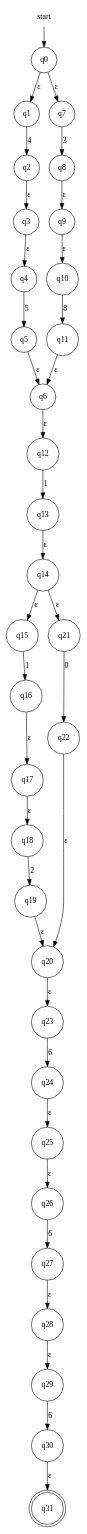
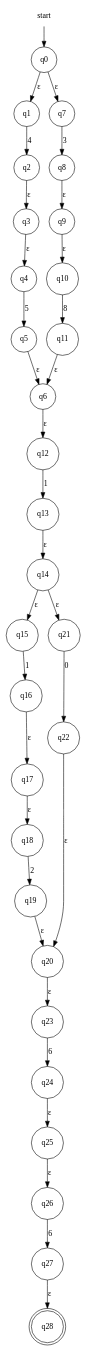
Before and after one commit to evertheylen/TA_TO: the diagram in fase1/RE-eNFA/regex_20.dot, drawn with Graphviz. The commit also changed 5 other files, not shown here.

```diff
--- a/fase1/RE-eNFA/regex_20.dot
+++ b/fase1/RE-eNFA/regex_20.dot
@@ -1,39 +1,36 @@
 digraph automaton {
     node [shape=none]; start;
-    node [shape=doublecircle]; "q31";
+    node [shape=doublecircle]; "q28";
     node [shape=circle];
     start -> "q0";
     "q0" -> "q1" [label="&epsilon;"];
     "q0" -> "q7" [label="&epsilon;"];
     "q1" -> "q2" [label="4"];
     "q2" -> "q3" [label="&epsilon;"];
     "q3" -> "q4" [label="&epsilon;"];
     "q4" -> "q5" [label="5"];
     "q5" -> "q6" [label="&epsilon;"];
     "q6" -> "q12" [label="&epsilon;"];
     "q7" -> "q8" [label="3"];
     "q8" -> "q9" [label="&epsilon;"];
     "q9" -> "q10" [label="&epsilon;"];
     "q10" -> "q11" [label="8"];
     "q11" -> "q6" [label="&epsilon;"];
     "q12" -> "q13" [label="1"];
     "q13" -> "q14" [label="&epsilon;"];
     "q14" -> "q15" [label="&epsilon;"];
     "q14" -> "q21" [label="&epsilon;"];
     "q15" -> "q16" [label="1"];
     "q16" -> "q17" [label="&epsilon;"];
     "q17" -> "q18" [label="&epsilon;"];
     "q18" -> "q19" [label="2"];
     "q19" -> "q20" [label="&epsilon;"];
     "q20" -> "q23" [label="&epsilon;"];
     "q21" -> "q22" [label="0"];
     "q22" -> "q20" [label="&epsilon;"];
     "q23" -> "q24" [label="6"];
     "q24" -> "q25" [label="&epsilon;"];
     "q25" -> "q26" [label="&epsilon;"];
     "q26" -> "q27" [label="6"];
     "q27" -> "q28" [label="&epsilon;"];
-    "q28" -> "q29" [label="&epsilon;"];
-    "q29" -> "q30" [label="6"];
-    "q30" -> "q31" [label="&epsilon;"];
 }
```
